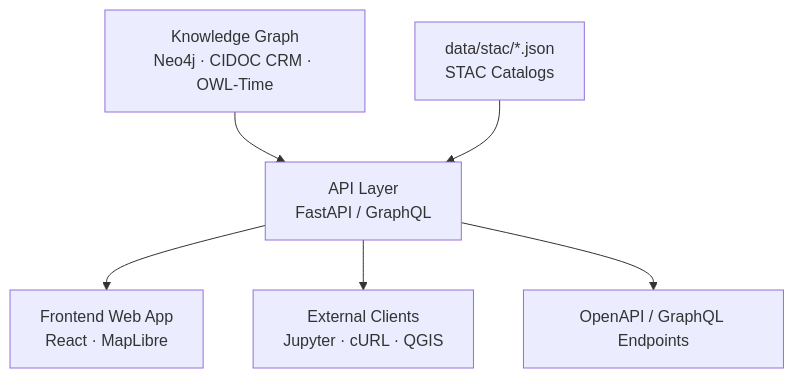
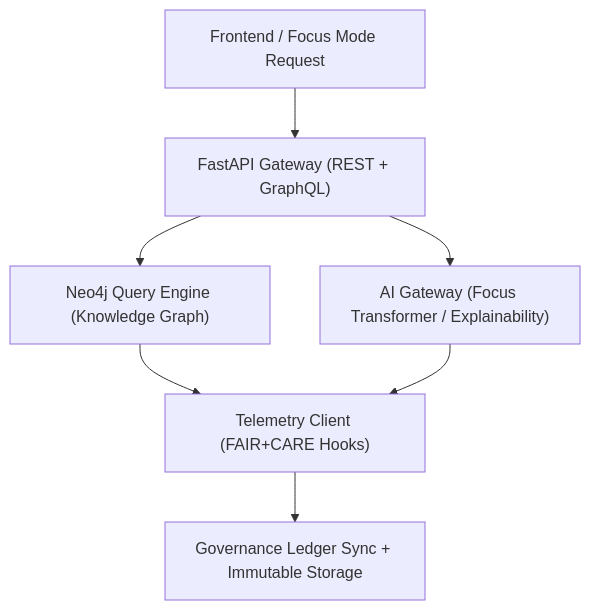
Before and after one commit to bartytime4life/Kansas-Frontier-Matrix: the diagram in src/api/README.md, drawn with Mermaid. The commit also changed other lines of this file, not shown here.

First line of the commit message:
Revise README for v9.4.0 with governance updates

````diff
--- a/src/api/README.md
+++ b/src/api/README.md
@@ -56,8 +149,9 @@
 ```mermaid
 flowchart TD
-    A["Knowledge Graph<br/>Neo4j · CIDOC CRM · OWL-Time"] --> B["API Layer<br/>FastAPI / GraphQL"]
-    C["data/stac/*.json<br/>STAC Catalogs"] --> B
-    B --> D["Frontend Web App<br/>React · MapLibre"]
-    B --> E["External Clients<br/>Jupyter · cURL · QGIS"]
-    B --> F["OpenAPI / GraphQL Endpoints"]
+    A["Frontend / Focus Mode Request"] --> B["FastAPI Gateway (REST + GraphQL)"]
+    B --> C["Neo4j Query Engine (Knowledge Graph)"]
+    B --> D["AI Gateway (Focus Transformer / Explainability)"]
+    C --> E["Telemetry Client (FAIR+CARE Hooks)"]
+    D --> E
+    E --> F["Governance Ledger Sync + Immutable Storage"]
 ```
````
